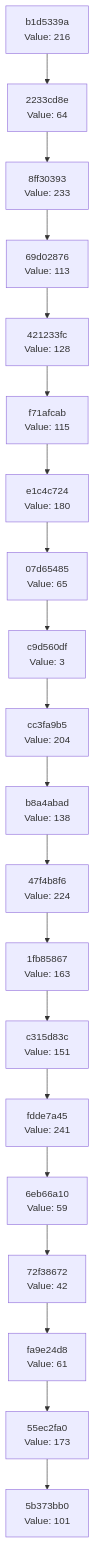
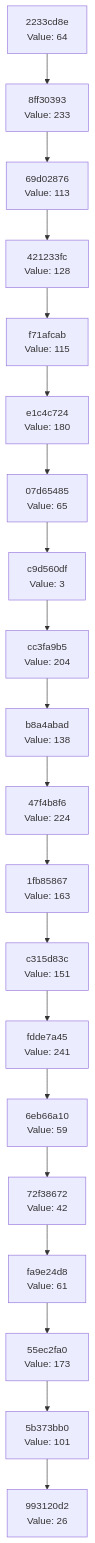
Before and after one commit to Abhisheksinha1506/hash-chain-evolver: the diagram in docs/CHAIN_VISUALIZATION.md, drawn with Mermaid. The commit also changed 3 other files, not shown here.

````diff
--- a/docs/CHAIN_VISUALIZATION.md
+++ b/docs/CHAIN_VISUALIZATION.md
@@ -3,42 +3,42 @@
 ```mermaid
 graph TD
-    C0["5b373bb0<br/>Value: 101"]
-    C1["55ec2fa0<br/>Value: 173"]
+    C0["993120d2<br/>Value: 26"]
+    C1["5b373bb0<br/>Value: 101"]
     C1 --> C0
-    C2["fa9e24d8<br/>Value: 61"]
+    C2["55ec2fa0<br/>Value: 173"]
     C2 --> C1
-    C3["72f38672<br/>Value: 42"]
+    C3["fa9e24d8<br/>Value: 61"]
     C3 --> C2
-    C4["6eb66a10<br/>Value: 59"]
+    C4["72f38672<br/>Value: 42"]
     C4 --> C3
-    C5["fdde7a45<br/>Value: 241"]
+    C5["6eb66a10<br/>Value: 59"]
     C5 --> C4
-    C6["c315d83c<br/>Value: 151"]
+    C6["fdde7a45<br/>Value: 241"]
     C6 --> C5
-    C7["1fb85867<br/>Value: 163"]
+    C7["c315d83c<br/>Value: 151"]
     C7 --> C6
-    C8["47f4b8f6<br/>Value: 224"]
+    C8["1fb85867<br/>Value: 163"]
     C8 --> C7
-    C9["b8a4abad<br/>Value: 138"]
+    C9["47f4b8f6<br/>Value: 224"]
     C9 --> C8
-    C10["cc3fa9b5<br/>Value: 204"]
+    C10["b8a4abad<br/>Value: 138"]
     C10 --> C9
-    C11["c9d560df<br/>Value: 3"]
+    C11["cc3fa9b5<br/>Value: 204"]
     C11 --> C10
-    C12["07d65485<br/>Value: 65"]
+    C12["c9d560df<br/>Value: 3"]
     C12 --> C11
-    C13["e1c4c724<br/>Value: 180"]
+    C13["07d65485<br/>Value: 65"]
     C13 --> C12
-    C14["f71afcab<br/>Value: 115"]
+    C14["e1c4c724<br/>Value: 180"]
     C14 --> C13
-    C15["421233fc<br/>Value: 128"]
+    C15["f71afcab<br/>Value: 115"]
     C15 --> C14
-    C16["69d02876<br/>Value: 113"]
+    C16["421233fc<br/>Value: 128"]
     C16 --> C15
-    C17["8ff30393<br/>Value: 233"]
+    C17["69d02876<br/>Value: 113"]
     C17 --> C16
-    C18["2233cd8e<br/>Value: 64"]
+    C18["8ff30393<br/>Value: 233"]
     C18 --> C17
-    C19["b1d5339a<br/>Value: 216"]
+    C19["2233cd8e<br/>Value: 64"]
     C19 --> C18
 ```
````
